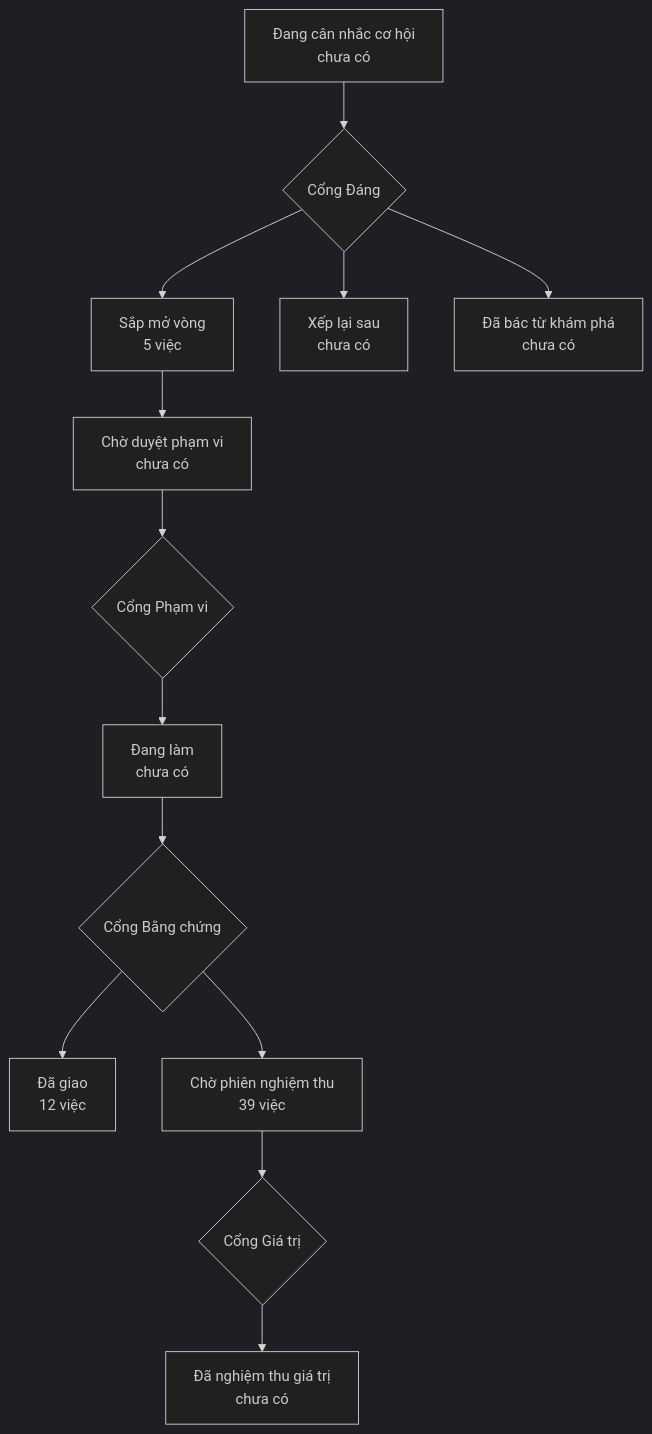
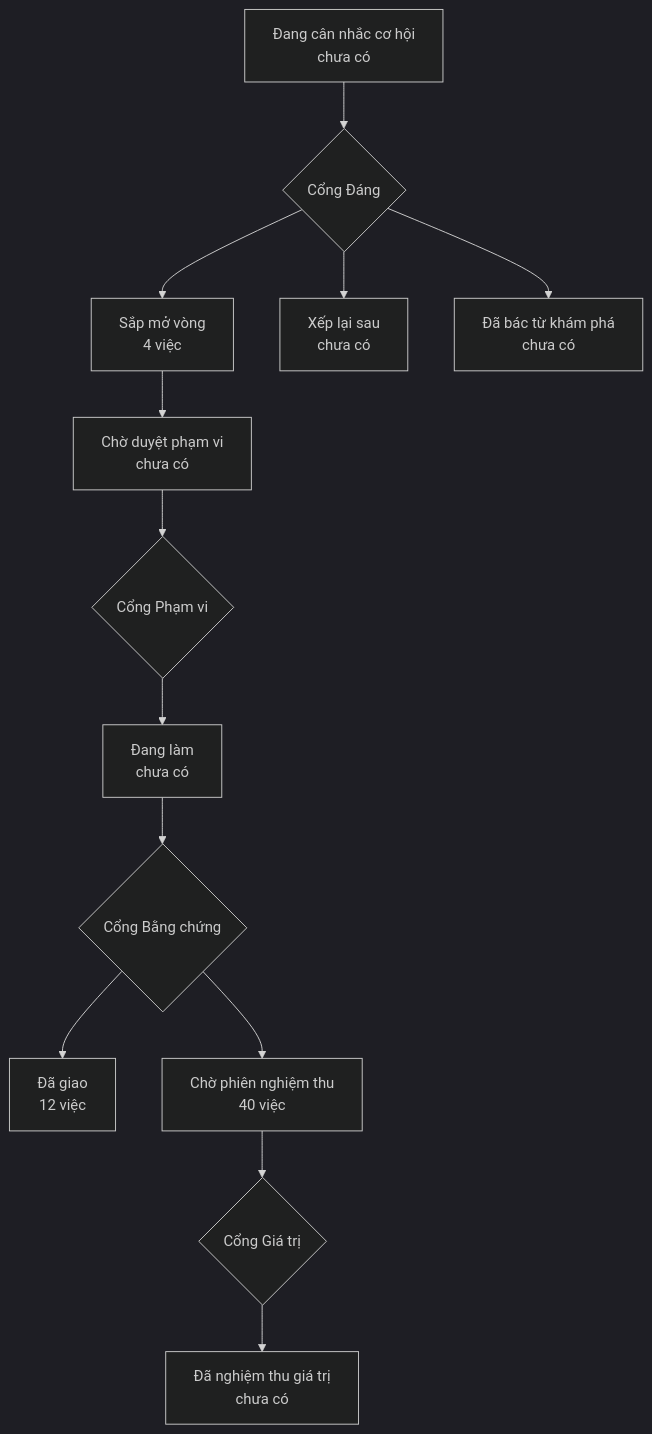
The diagram in PRODUCT-MAP.md (phanlemanh/onehub-quy-hang), drawn with Mermaid (dark theme) before and after one commit. The commit also changed 1 other file, not shown here.

Commit message:
chore(va-che-vung-anh): vẽ lại bản đồ sau gộp nhánh chính

````diff
--- a/PRODUCT-MAP.md
+++ b/PRODUCT-MAP.md
@@ -7,12 +7,12 @@
 ```mermaid
 flowchart TD
   A["Đang cân nhắc cơ hội<br/>chưa có"] --> GD{"Cổng Đáng"}
-  GD --> B["Sắp mở vòng<br/>5 việc"]
+  GD --> B["Sắp mở vòng<br/>4 việc"]
   GD --> XL["Xếp lại sau<br/>chưa có"]
   GD --> DB["Đã bác từ khám phá<br/>chưa có"]
   B --> CD["Chờ duyệt phạm vi<br/>chưa có"] --> GP{"Cổng Phạm vi"}
   GP --> DL["Đang làm<br/>chưa có"] --> GB{"Cổng Bằng chứng"}
   GB --> DG["Đã giao<br/>12 việc"]
-  GB --> CN["Chờ phiên nghiệm thu<br/>39 việc"] --> GG{"Cổng Giá trị"}
+  GB --> CN["Chờ phiên nghiệm thu<br/>40 việc"] --> GG{"Cổng Giá trị"}
   GG --> NT["Đã nghiệm thu giá trị<br/>chưa có"]
 ```
````
